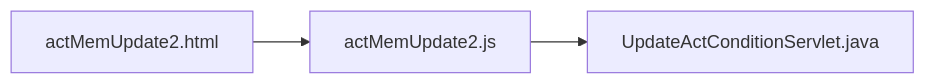
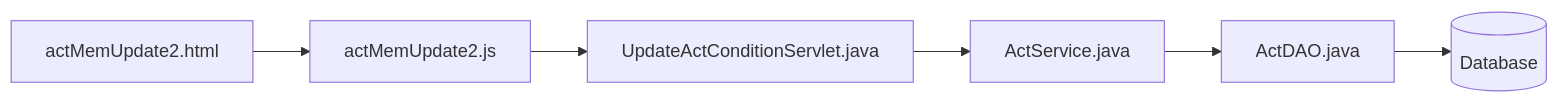
One commit to TLexYuW/CGA103G1OwnPart changed the eighth of 16 diagrams in README.md. Above: the diagram before and after it, drawn with Mermaid. The commit also changed other lines of this file and 1 other file, not shown here.

````diff
--- a/README.md
+++ b/README.md
@@ -104,4 +105,5 @@
 ```mermaid
 flowchart LR
 	aMU2html[actMemUpdate2.html] --> aMU2js[actMemUpdate2.js] --> UACS[UpdateActConditionServlet.java]
-```  
+	--> AS[ActService.java] --> AD[ActDAO.java] --> DB[(Database)]
+```
````
